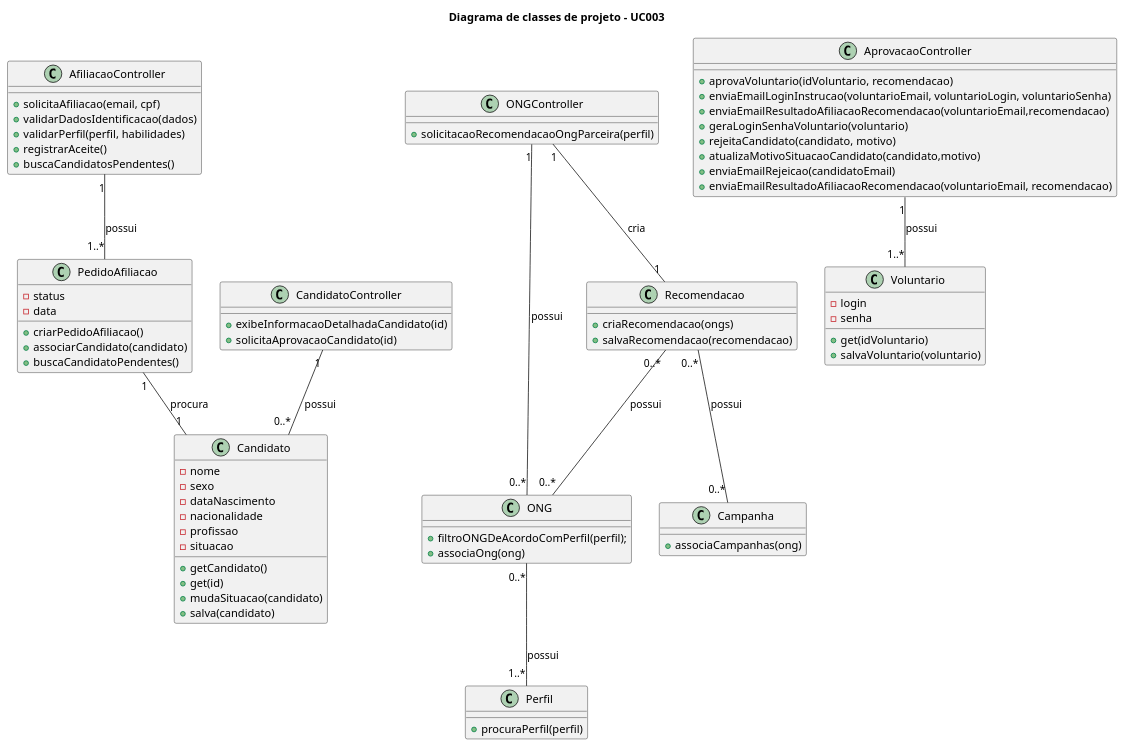
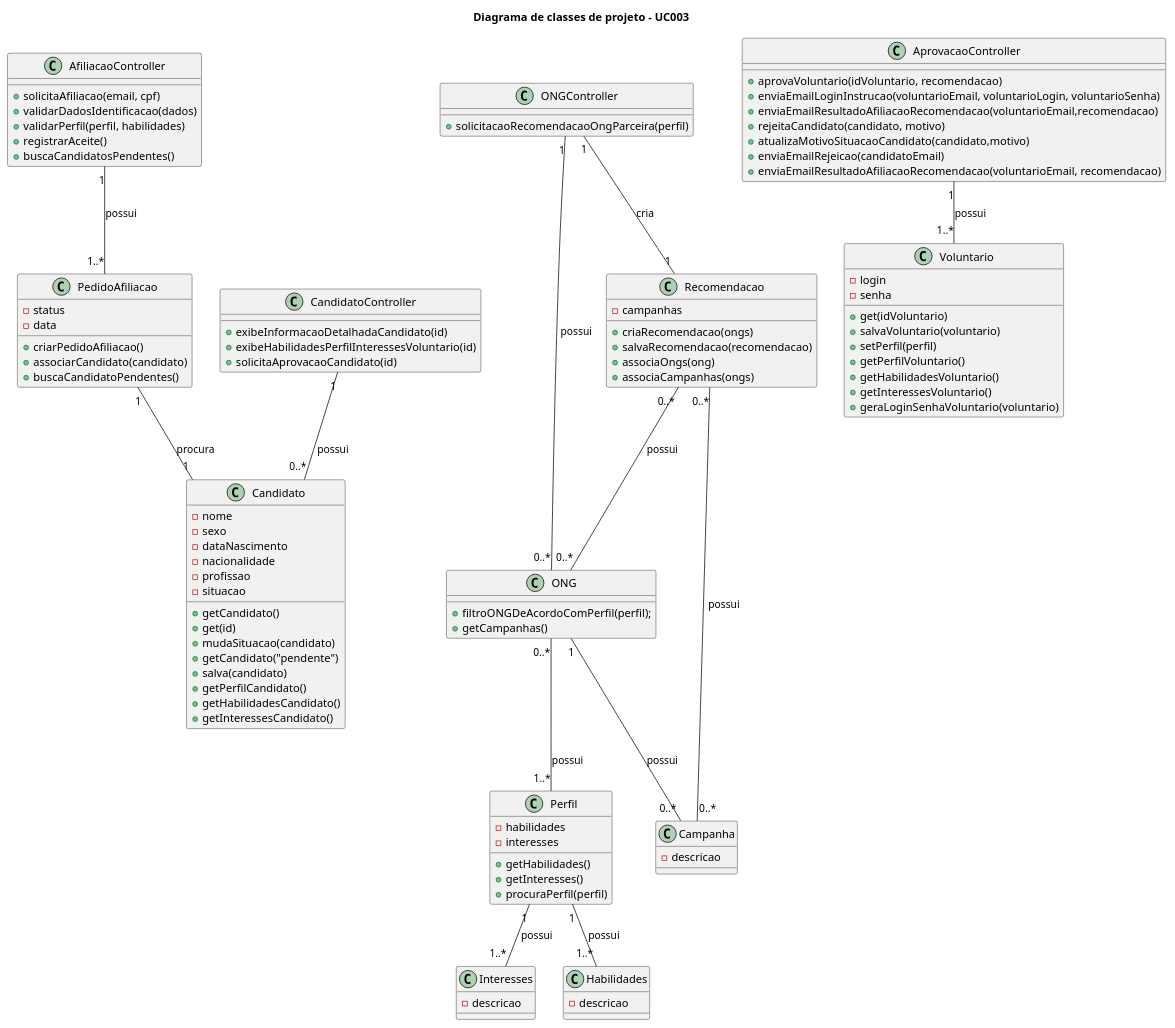
The diagram in diagrama-de-classes-projeto/classes-projeto-uc03.puml (guisgiacomini/redeMaisSocialProjetoSoftware), drawn with PlantUML before and after one commit.

Commit message:
Diagrama de classes de projeto UC003

```diff
--- a/diagrama-de-classes-projeto/classes-projeto-uc03.puml
+++ b/diagrama-de-classes-projeto/classes-projeto-uc03.puml
@@ -1,98 +1,128 @@
 @startuml
 
 title Diagrama de classes de projeto - UC003
 
 ' Primeira Etapa
 
 class AfiliacaoController {
     +solicitaAfiliacao(email, cpf)
     +validarDadosIdentificacao(dados)
     +validarPerfil(perfil, habilidades)
     +registrarAceite()
     +buscaCandidatosPendentes()
 }
 
 class PedidoAfiliacao {
     -status
     -data
     +criarPedidoAfiliacao()
     +associarCandidato(candidato)
     +buscaCandidatoPendentes()
 
 }
 
 class Candidato {
     -nome
     -sexo
     -dataNascimento
     -nacionalidade
     -profissao
     -situacao
     +getCandidato()
     +get(id)
     +mudaSituacao(candidato)
+    +getCandidato("pendente")
     +salva(candidato)
+    +getPerfilCandidato()
+    +getHabilidadesCandidato()
+    +getInteressesCandidato()
 }
+
 
 AfiliacaoController "1" -- "1..*" PedidoAfiliacao: possui
 PedidoAfiliacao "1" -- "1" Candidato: procura
 
 class CandidatoController {
     +exibeInformacaoDetalhadaCandidato(id)
+    +exibeHabilidadesPerfilInteressesVoluntario(id)
     +solicitaAprovacaoCandidato(id)
 }
 
 CandidatoController "1" -- "0..*" Candidato: possui
 
 class ONGController {
     +solicitacaoRecomendacaoOngParceira(perfil)
 }
 
 class ONG {
     +filtroONGDeAcordoComPerfil(perfil);
-    +associaOng(ong)
+    +getCampanhas()
 }
 
 class Perfil {
+    -habilidades
+    -interesses
+    +getHabilidades()
+    +getInteresses()
     +procuraPerfil(perfil)
 }
 
 
 ONGController "1" -- "0..*" ONG: possui
 ONG "0..*" -- "1..*" Perfil: possui
 
 class Recomendacao {
+    -campanhas
     +criaRecomendacao(ongs)
     +salvaRecomendacao(recomendacao)
+    +associaOngs(ong)
+    +associaCampanhas(ongs)
 }
 
 class Campanha {
-    +associaCampanhas(ong)
+    -descricao
 }
 
 
 ONGController "1" -- "1" Recomendacao: cria
 Recomendacao "0..*" -- "0..*" ONG: possui
 Recomendacao "0..*" -- "0..*" Campanha: possui
 
 class AprovacaoController {
     +aprovaVoluntario(idVoluntario, recomendacao)
     +enviaEmailLoginInstrucao(voluntarioEmail, voluntarioLogin, voluntarioSenha)
     +enviaEmailResultadoAfiliacaoRecomendacao(voluntarioEmail,recomendacao)
-    +geraLoginSenhaVoluntario(voluntario)
     +rejeitaCandidato(candidato, motivo)
     +atualizaMotivoSituacaoCandidato(candidato,motivo)
     +enviaEmailRejeicao(candidatoEmail)
     +enviaEmailResultadoAfiliacaoRecomendacao(voluntarioEmail, recomendacao)
 }
 
 class Voluntario {
     -login
     -senha
     +get(idVoluntario)
     +salvaVoluntario(voluntario)
+    +setPerfil(perfil)
+    +getPerfilVoluntario()
+    +getHabilidadesVoluntario()
+    +getInteressesVoluntario()
+    +geraLoginSenhaVoluntario(voluntario)
 }
 
 AprovacaoController "1" -- "1..*" Voluntario: possui
 
+class Interesses {
+    -descricao
+}
+
+class Habilidades {
+    -descricao
+}
+
+Perfil "1" -- "1..*" Interesses: possui
+Perfil "1" -- "1..*" Habilidades: possui
+
+ONG "1" -- "0..*" Campanha: possui
+
 @enduml
```
